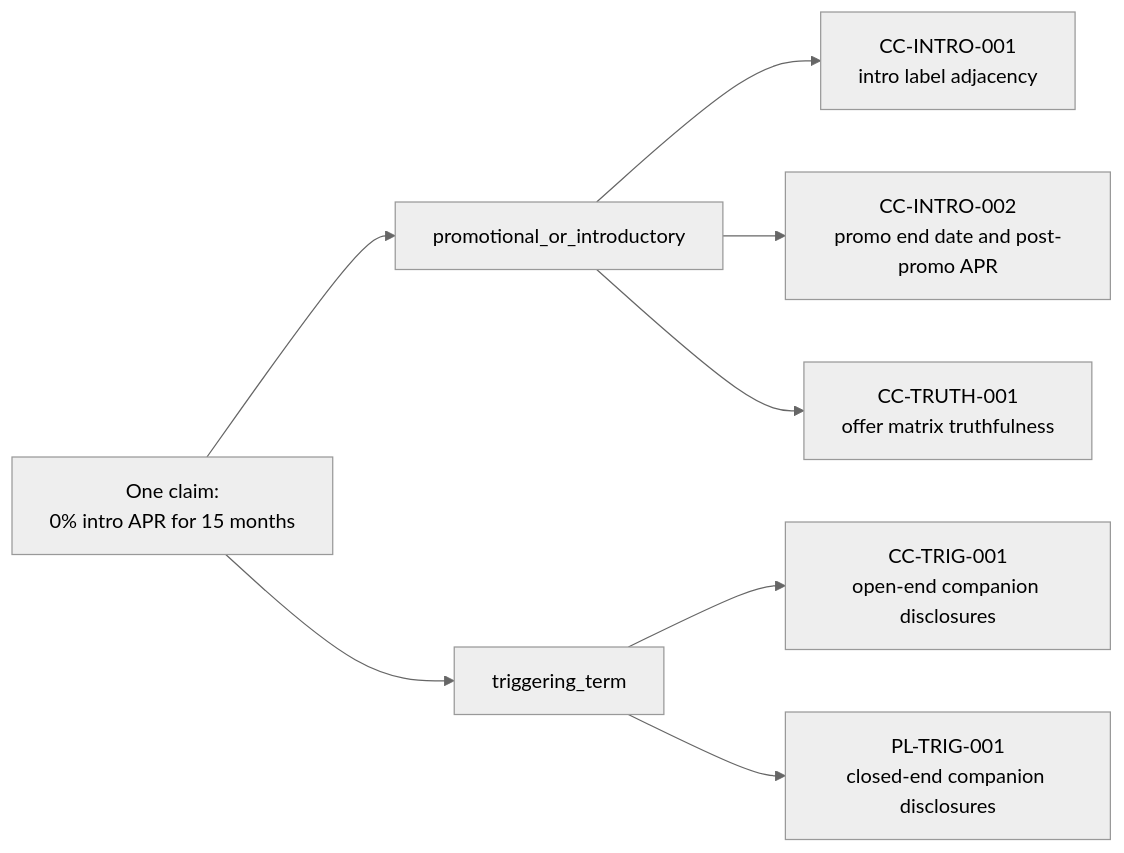
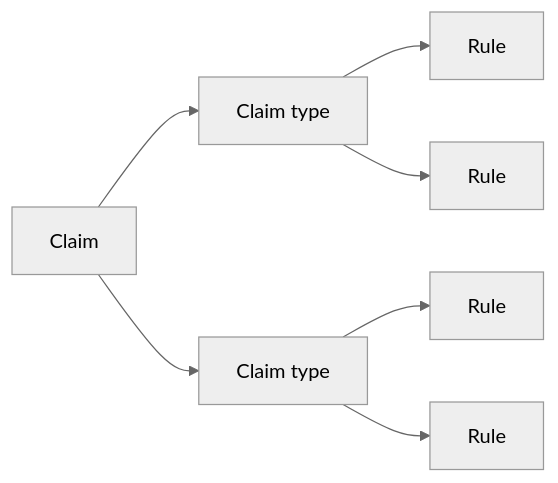
One commit to plapagesse/clearpathMarketingCompliance changed the first of 3 diagrams in README.md. Above: the diagram before and after it, drawn with Mermaid (neutral theme). The commit also changed other lines of this file, not shown here.

Commit message:
PR feedback: schema-shape data graph (no example values), walkthrough moved before Repo map
Claude-Session: https://claude.ai/code/session_01DxaTHS5unXgPQcike3xu3a

````diff
--- a/README.md
+++ b/README.md
@@ -7,19 +7,17 @@
 ```mermaid
 flowchart LR
-    C["One claim:<br/>0% intro APR for 15 months"]
-    T1["promotional_or_introductory"]
-    T2["triggering_term"]
-    R1["CC-INTRO-001<br/>intro label adjacency"]
-    R2["CC-INTRO-002<br/>promo end date and post-promo APR"]
-    R3["CC-TRUTH-001<br/>offer matrix truthfulness"]
-    R4["CC-TRIG-001<br/>open-end companion disclosures"]
-    R5["PL-TRIG-001<br/>closed-end companion disclosures"]
+    C["Claim"]
+    T1["Claim type"]
+    T2["Claim type"]
+    R1["Rule"]
+    R2["Rule"]
+    R3["Rule"]
+    R4["Rule"]
 
     C --> T1
     C --> T2
     T1 --> R1
     T1 --> R2
-    T1 --> R3
+    T2 --> R3
     T2 --> R4
-    T2 --> R5
 ```
````
